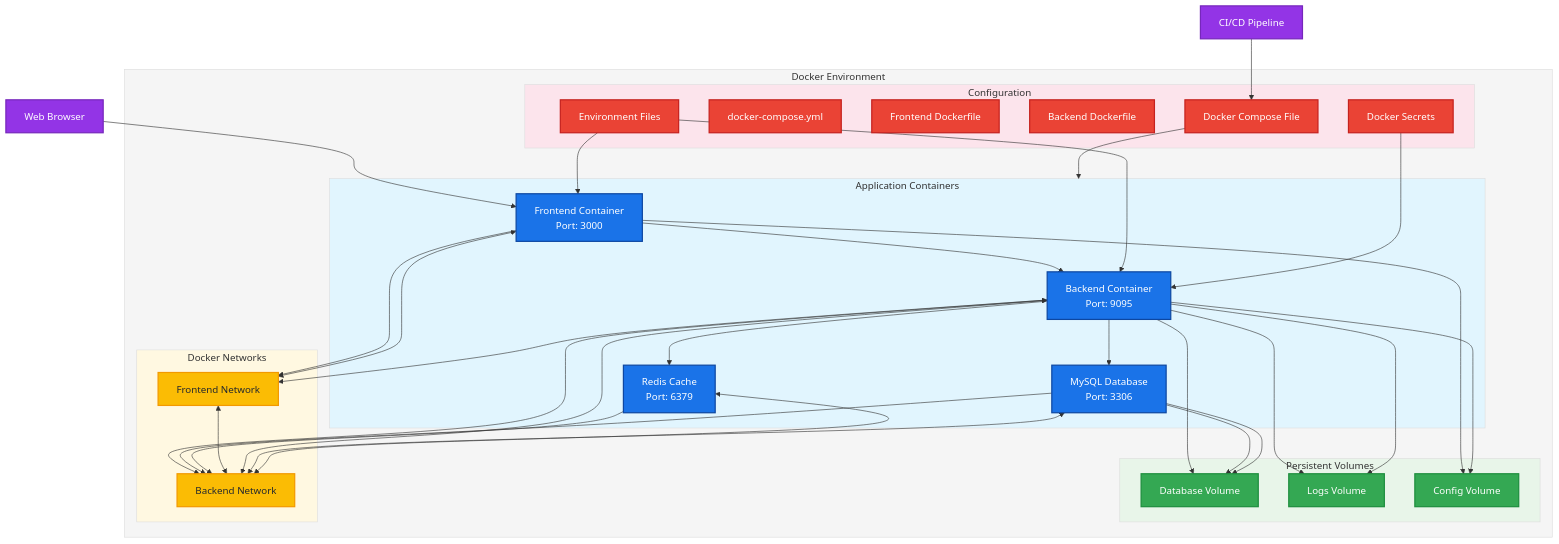
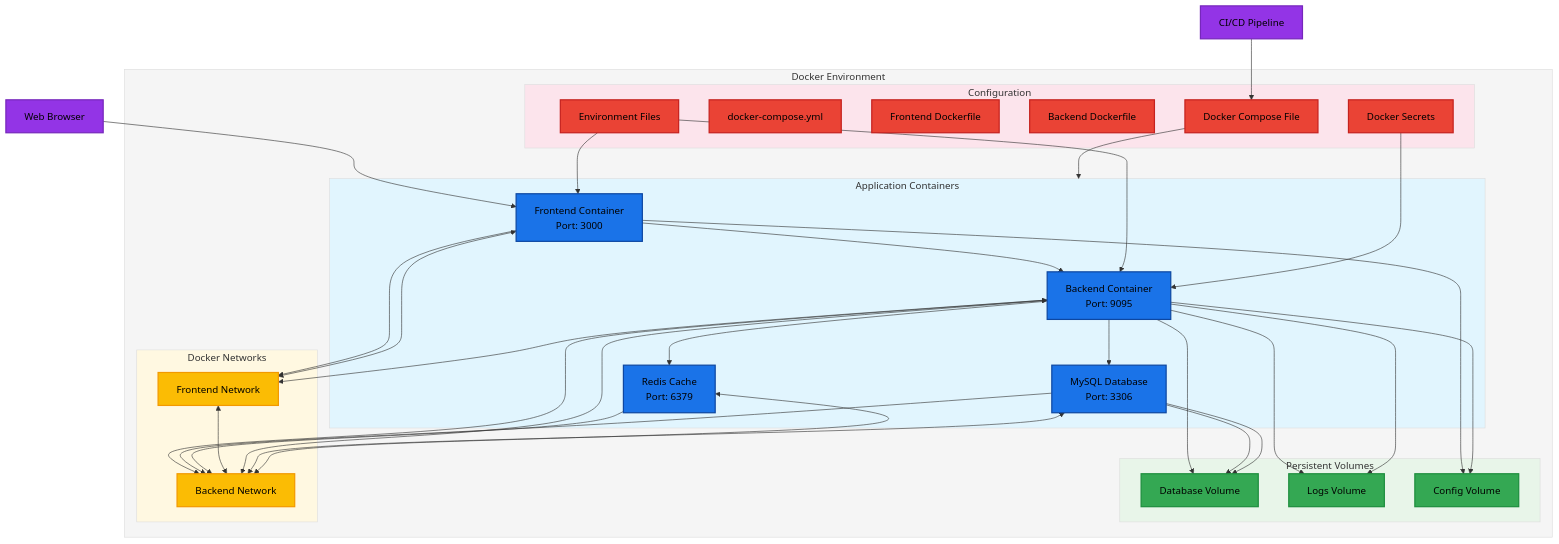
One commit to TuPhung369/Haaga_Backend_Programming changed the fifth of 15 diagrams in TuPhung_Docs/docs/deployment.md. Above: the diagram before and after it, drawn with Mermaid. The commit also changed other lines of this file and 3 other files, not shown here.

Commit message:
V10 style for darkmode workflow mermaid

````diff
--- a/TuPhung_Docs/docs/deployment.md
+++ b/TuPhung_Docs/docs/deployment.md
@@ -502,11 +502,11 @@
 ```mermaid
 flowchart TD
     %% Styling
-    classDef container fill:#1a73e8,stroke:#0d47a1,color:white,stroke-width:2px
-    classDef volume fill:#34a853,stroke:#1e8e3e,color:white,stroke-width:2px
-    classDef network fill:#fbbc04,stroke:#f29900,color:#24292e,stroke-width:2px
-    classDef config fill:#ea4335,stroke:#c5221f,color:white,stroke-width:2px
-    classDef external fill:#9334e6,stroke:#7627bb,color:white,stroke-width:2px
+    classDef container fill:#1a73e8,stroke:#0d47a1,color:#000,stroke-width:2px
+    classDef volume fill:#34a853,stroke:#1e8e3e,color:#000,stroke-width:2px
+    classDef network fill:#fbbc04,stroke:#f29900,color:#000,stroke-width:2px
+    classDef config fill:#ea4335,stroke:#c5221f,color:#000,stroke-width:2px
+    classDef external fill:#9334e6,stroke:#7627bb,color:#000,stroke-width:2px
 
     %% Main components
     subgraph DockerEnvironment["Docker Environment"]
````
